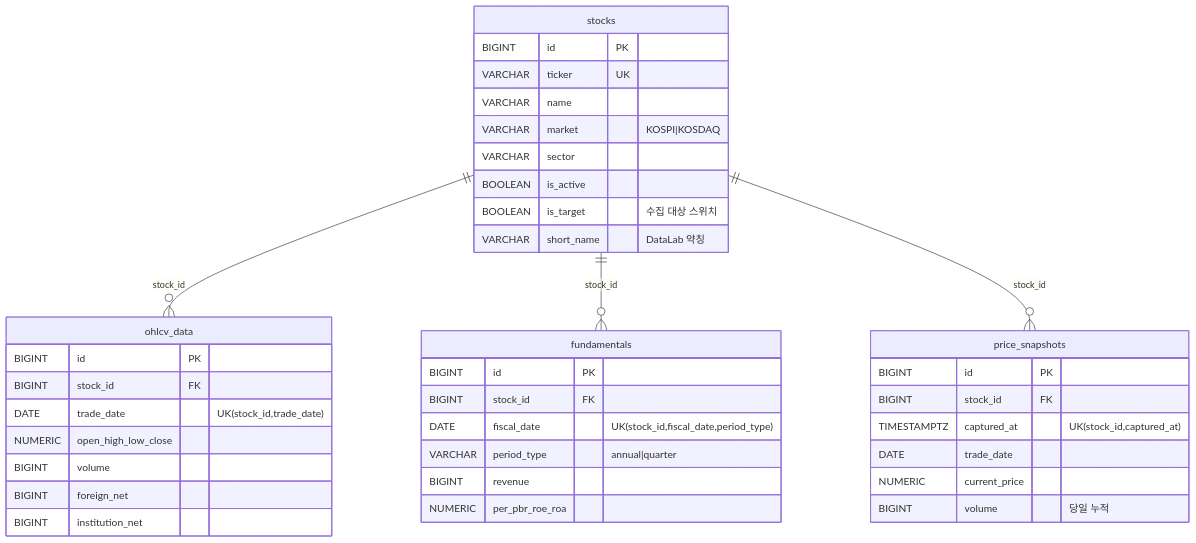
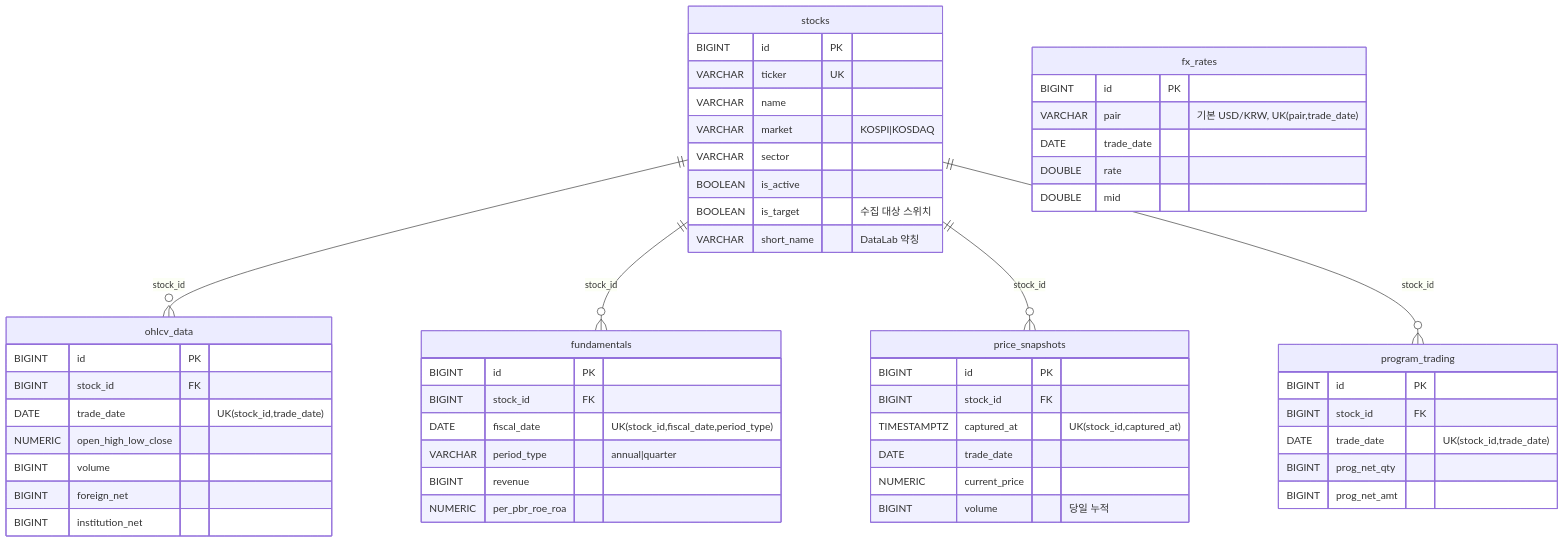
The first of 10 diagrams in database/erd/signal_alpha_core_erd.md (AIX14-3/signal-alpha), drawn with Mermaid before and after one commit. The commit also changed other lines of this file, not shown here.

````diff
--- a/database/erd/signal_alpha_core_erd.md
+++ b/database/erd/signal_alpha_core_erd.md
@@ -11,45 +25,62 @@
 ```mermaid
 erDiagram
     stocks {
         BIGINT id PK
         VARCHAR ticker UK
         VARCHAR name
         VARCHAR market "KOSPI|KOSDAQ"
         VARCHAR sector
         BOOLEAN is_active
         BOOLEAN is_target "수집 대상 스위치"
         VARCHAR short_name "DataLab 약칭"
     }
 
     ohlcv_data {
         BIGINT id PK
         BIGINT stock_id FK
         DATE trade_date "UK(stock_id,trade_date)"
         NUMERIC open_high_low_close
         BIGINT volume
         BIGINT foreign_net
         BIGINT institution_net
     }
 
     fundamentals {
         BIGINT id PK
         BIGINT stock_id FK
         DATE fiscal_date "UK(stock_id,fiscal_date,period_type)"
         VARCHAR period_type "annual|quarter"
         BIGINT revenue
         NUMERIC per_pbr_roe_roa
     }
 
     price_snapshots {
         BIGINT id PK
         BIGINT stock_id FK
         TIMESTAMPTZ captured_at "UK(stock_id,captured_at)"
         DATE trade_date
         NUMERIC current_price
         BIGINT volume "당일 누적"
     }
 
+    program_trading {
+        BIGINT id PK
+        BIGINT stock_id FK
+        DATE trade_date "UK(stock_id,trade_date)"
+        BIGINT prog_net_qty
+        BIGINT prog_net_amt
+    }
+
+    fx_rates {
+        BIGINT id PK
+        VARCHAR pair "기본 USD/KRW, UK(pair,trade_date)"
+        DATE trade_date
+        DOUBLE rate
+        DOUBLE mid
+    }
+
     stocks ||--o{ ohlcv_data : "stock_id"
     stocks ||--o{ fundamentals : "stock_id"
     stocks ||--o{ price_snapshots : "stock_id"
+    stocks ||--o{ program_trading : "stock_id"
 ```
````
